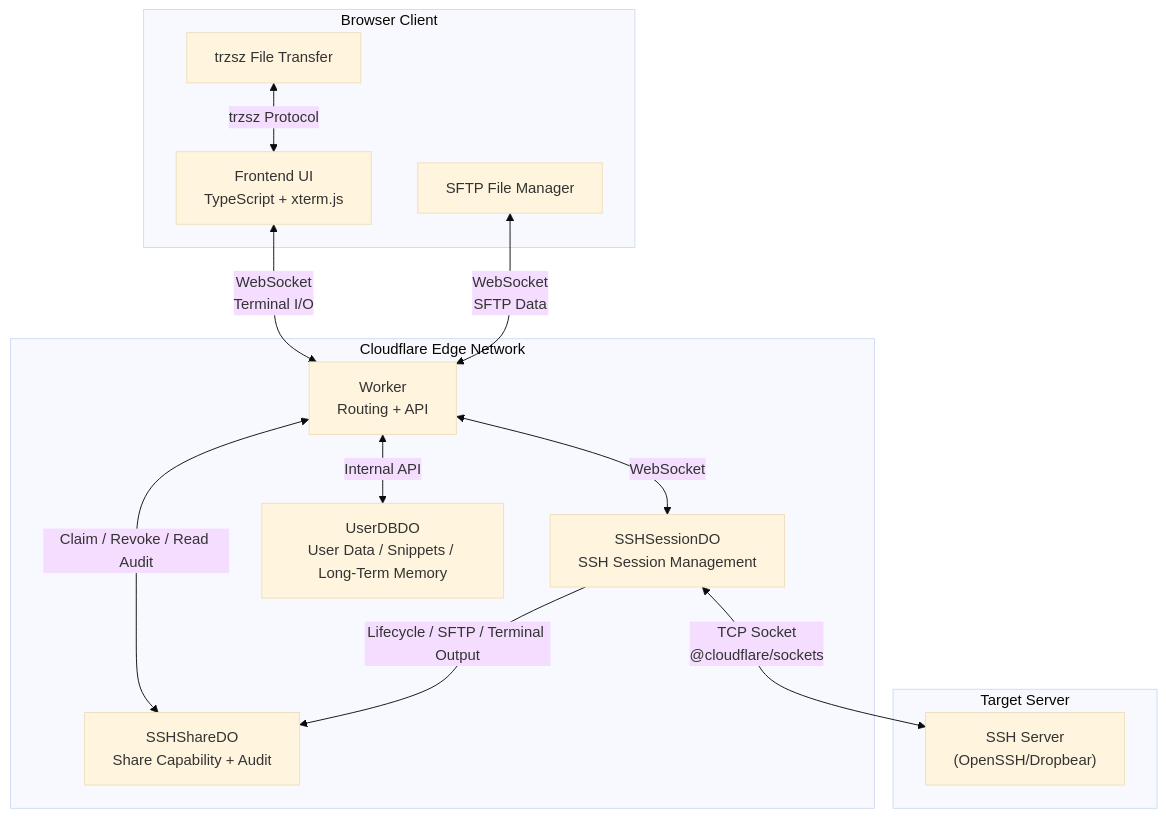
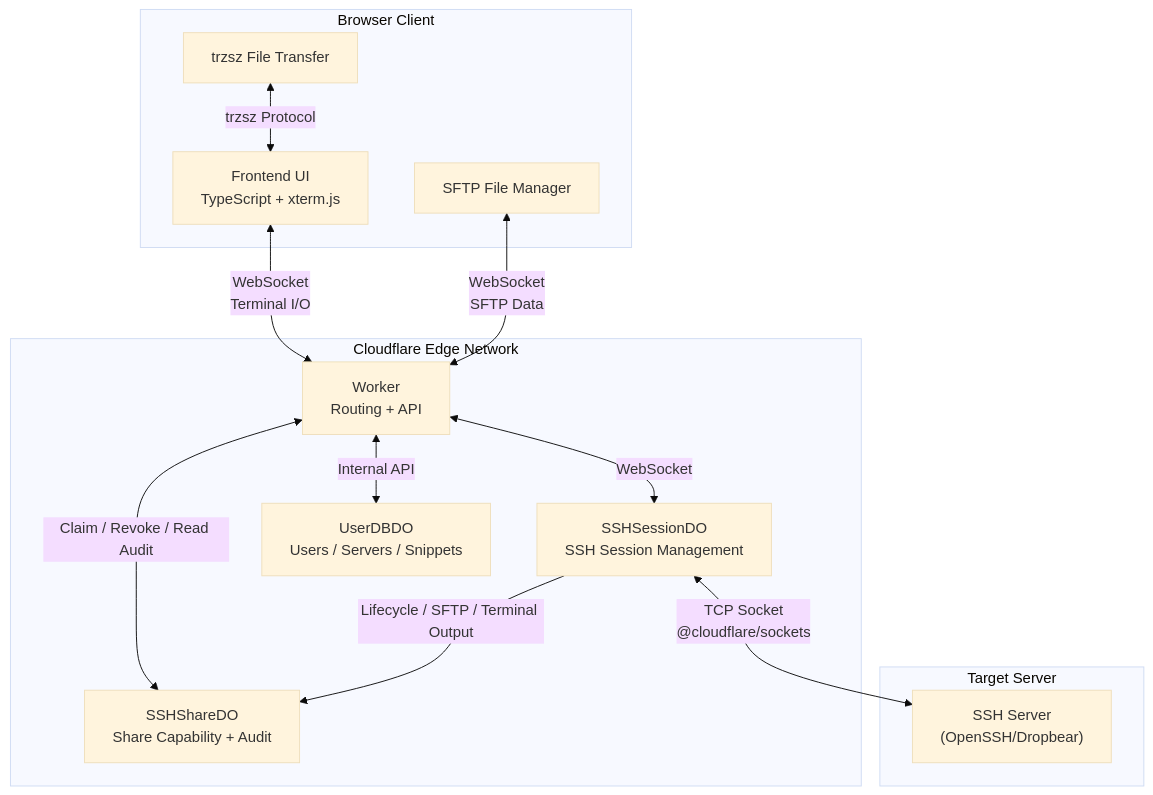
One commit to lemonhub-io/cloud-ssh changed the diagram in README_en.md. Above: the diagram before and after it, drawn with Mermaid (base theme). The commit also changed other lines of this file and 9 other files, not shown here.

````diff
--- a/README_en.md
+++ b/README_en.md
@@ -128,28 +56,28 @@
 ```mermaid
 flowchart TB
     subgraph "Browser Client"
         UI["Frontend UI<br/>TypeScript + xterm.js"]
         SFTP["SFTP File Manager"]
         Trzsz["trzsz File Transfer"]
     end
 
     subgraph "Cloudflare Edge Network"
         Worker["Worker<br/>Routing + API"]
         SSH_DO["SSHSessionDO<br/>SSH Session Management"]
-        User_DO["UserDBDO<br/>User Data / Snippets / Long-Term Memory"]
+        User_DO["UserDBDO<br/>Users / Servers / Snippets"]
         Share_DO["SSHShareDO<br/>Share Capability + Audit"]
     end
 
     subgraph "Target Server"
         SSH["SSH Server<br/>(OpenSSH/Dropbear)"]
     end
 
     UI <-->|"WebSocket<br/>Terminal I/O"| Worker
     SFTP <-->|"WebSocket<br/>SFTP Data"| Worker
     Trzsz <-->|"trzsz Protocol"| UI
     Worker <-->|"WebSocket"| SSH_DO
     Worker <-->|"Internal API"| User_DO
     Worker <-->|"Claim / Revoke / Read Audit"| Share_DO
     SSH_DO -->|"Lifecycle / SFTP / Terminal Output"| Share_DO
     SSH_DO <-->|"TCP Socket<br/>@cloudflare/sockets"| SSH
 ```
````
